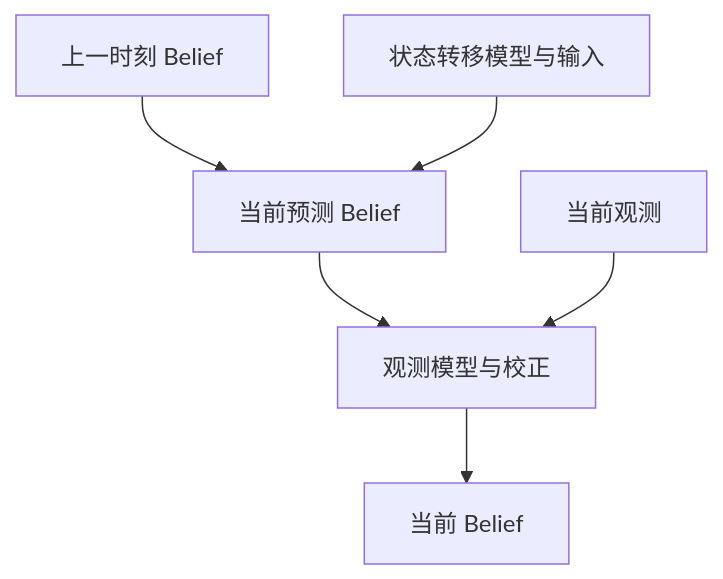
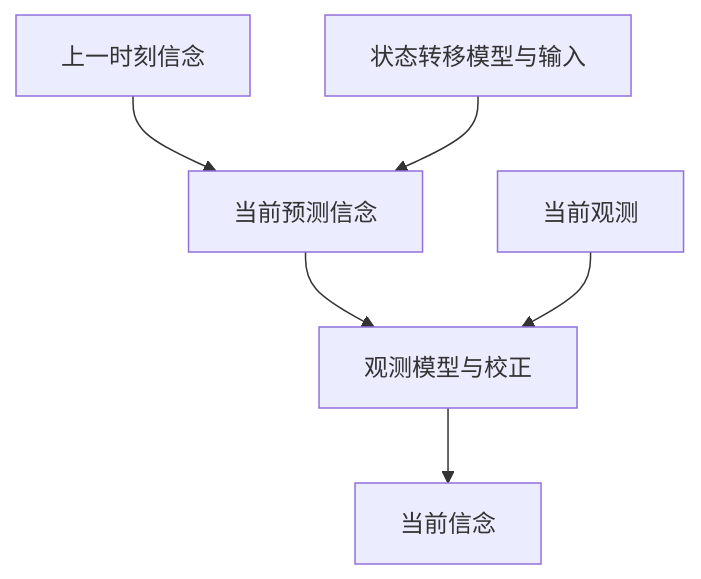
Before and after one commit to hyandnn/my-learning-notes: the first of 2 diagrams in docs/slam/foundations/state-and-time.md, drawn with Mermaid. The commit also changed other lines of this file and 1 other file, not shown here.

Commit message:
docs: record GitBook layout checks and simplify Mermaid labels

````diff
--- a/docs/slam/foundations/state-and-time.md
+++ b/docs/slam/foundations/state-and-time.md
@@ -37,8 +37,8 @@
 ```mermaid
 flowchart TD
-    B0["上一时刻 Belief"] --> P["当前预测 Belief"]
+    B0["上一时刻信念"] --> P["当前预测信念"]
     M["状态转移模型与输入"] --> P
     P --> C["观测模型与校正"]
     Z["当前观测"] --> C
-    C --> B["当前 Belief"]
+    C --> B["当前信念"]
 ```
````
